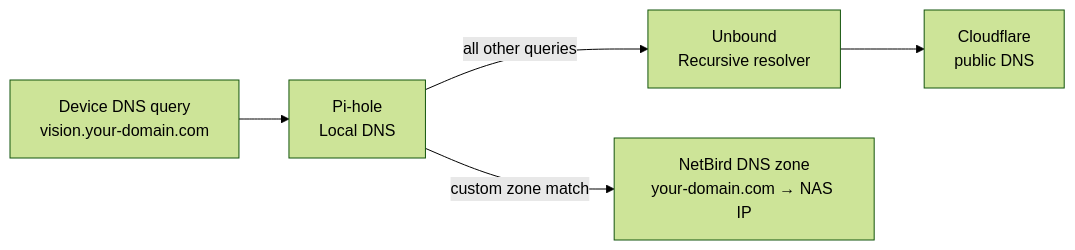
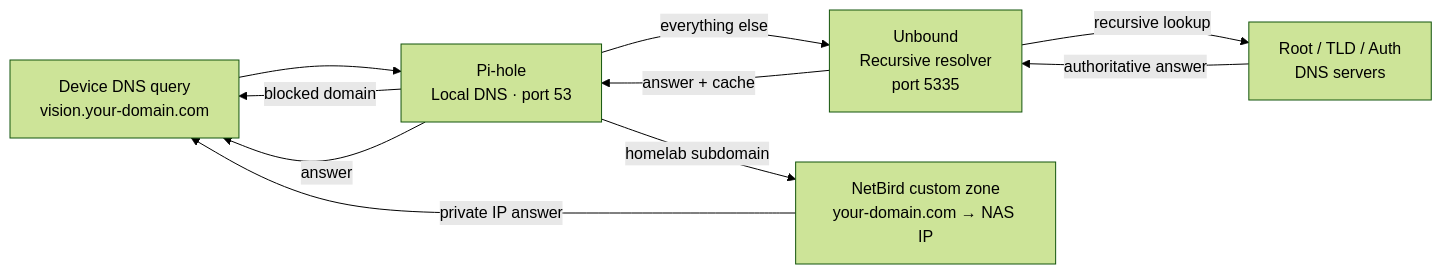
Before and after one commit to sagar-kale/homelab-docs: the sixth of 6 diagrams in networking/netbird.md, drawn with Mermaid (forest theme). The commit also changed other lines of this file, not shown here.

Commit message:
docs: expand networking — how NetBird/WireGuard works, security model, Pi-hole + Unbound explained

````diff
--- a/networking/netbird.md
+++ b/networking/netbird.md
@@ -75,13 +189,18 @@
 ```mermaid
 graph LR
     CLIENT["Device DNS query\nvision.your-domain.com"]
-    PIHOLE["Pi-hole\nLocal DNS"]
-    UNBOUND["Unbound\nRecursive resolver"]
-    NETBIRD_ZONE["NetBird DNS zone\nyour-domain.com → NAS IP"]
-    CF_DNS["Cloudflare\npublic DNS"]
+    PIHOLE["Pi-hole\nLocal DNS · port 53"]
+    UNBOUND["Unbound\nRecursive resolver\nport 5335"]
+    NETBIRD_ZONE["NetBird custom zone\nyour-domain.com → NAS IP"]
+    ROOT_DNS["Root / TLD / Auth\nDNS servers"]
 
     CLIENT --> PIHOLE
-    PIHOLE -->|"custom zone match"| NETBIRD_ZONE
-    PIHOLE -->|"all other queries"| UNBOUND
-    UNBOUND --> CF_DNS
+    PIHOLE -->|"homelab subdomain"| NETBIRD_ZONE
+    NETBIRD_ZONE -->|"private IP answer"| CLIENT
+    PIHOLE -->|"blocked domain"| CLIENT
+    PIHOLE -->|"everything else"| UNBOUND
+    UNBOUND -->|"recursive lookup"| ROOT_DNS
+    ROOT_DNS -->|"authoritative answer"| UNBOUND
+    UNBOUND -->|"answer + cache"| PIHOLE
+    PIHOLE -->|"answer"| CLIENT
 ```
````
